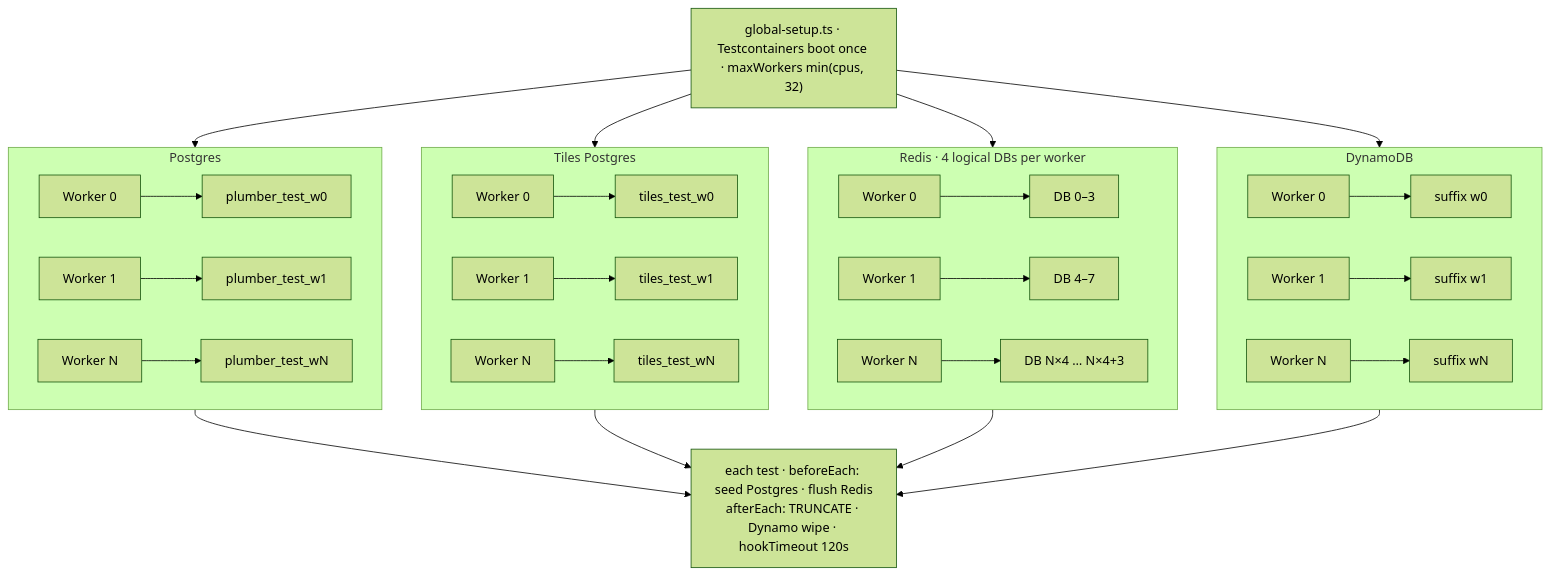
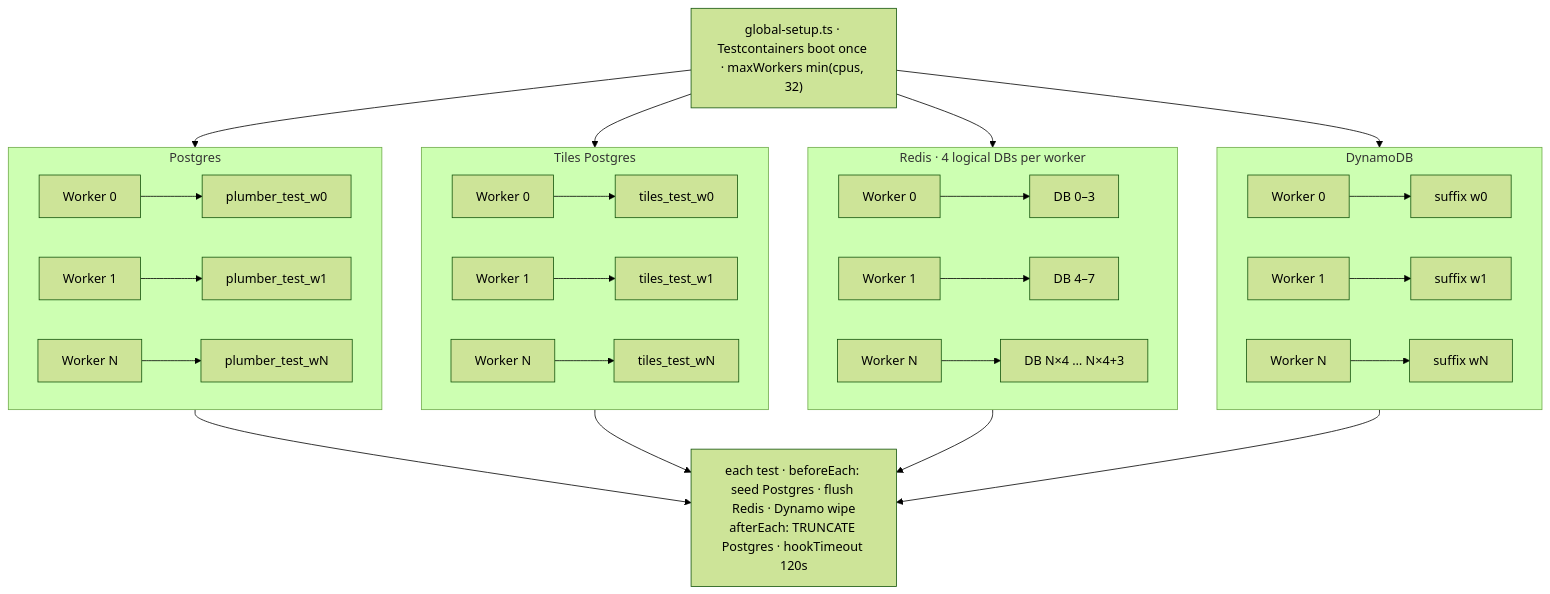
The fourth of 4 diagrams in docs/blog-speeding-up-vitest-tests.md (opengovsg/plumber), drawn with Mermaid (forest theme) before and after one commit. The commit also changed other lines of this file, not shown here.

Commit message:
docs: fix per-test hook timing in diagrams, note worker init

````diff
--- a/docs/blog-speeding-up-vitest-tests.md
+++ b/docs/blog-speeding-up-vitest-tests.md
@@ -149,43 +155,43 @@
 ```mermaid
 flowchart TB
   GS["global-setup.ts · Testcontainers boot once · maxWorkers min(cpus, 32)"]
 
   subgraph pg ["Postgres"]
     direction LR
     W0p["Worker 0"] --> PG0["plumber_test_w0"]
     W1p["Worker 1"] --> PG1["plumber_test_w1"]
     WNp["Worker N"] --> PGN["plumber_test_wN"]
   end
 
   subgraph tiles ["Tiles Postgres"]
     direction LR
     W0t["Worker 0"] --> T0["tiles_test_w0"]
     W1t["Worker 1"] --> T1["tiles_test_w1"]
     WNt["Worker N"] --> TN["tiles_test_wN"]
   end
 
   subgraph redis ["Redis · 4 logical DBs per worker"]
     direction LR
     W0r["Worker 0"] --> R0["DB 0–3"]
     W1r["Worker 1"] --> R1["DB 4–7"]
     WNr["Worker N"] --> RN["DB N×4 … N×4+3"]
   end
 
   subgraph dynamo ["DynamoDB"]
     direction LR
     W0d["Worker 0"] --> D0["suffix w0"]
     W1d["Worker 1"] --> D1["suffix w1"]
     WNd["Worker N"] --> DN["suffix wN"]
   end
 
   GS --> pg
   GS --> tiles
   GS --> redis
   GS --> dynamo
 
-  HOOK["each test · beforeEach: seed Postgres · flush Redis\nafterEach: TRUNCATE · Dynamo wipe · hookTimeout 120s"]
+  HOOK["each test · beforeEach: seed Postgres · flush Redis · Dynamo wipe\nafterEach: TRUNCATE Postgres · hookTimeout 120s"]
   pg --> HOOK
   tiles --> HOOK
   redis --> HOOK
   dynamo --> HOOK
 ```
````
